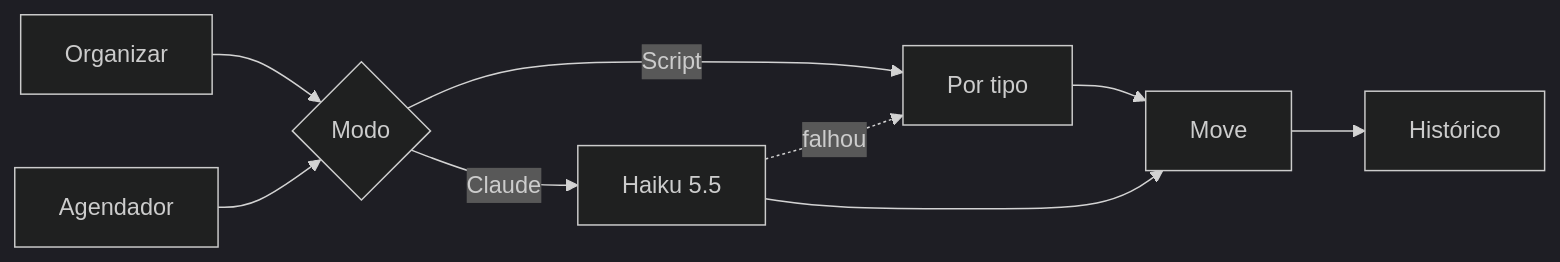
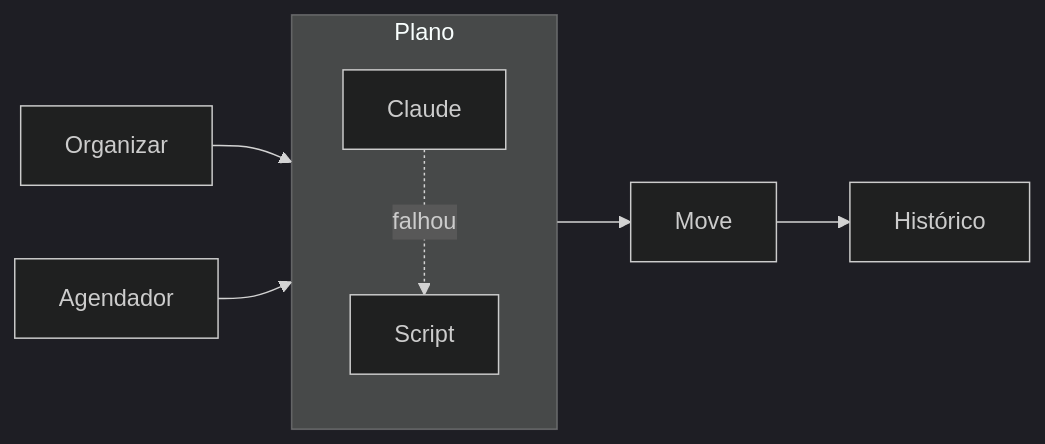
The diagram in README.md (ArturoAndreatta/neatly), drawn with Mermaid (dark theme) before and after one commit. The commit also changed other lines of this file, not shown here.

Commit message:
docs: diagrama do README sem cruzamentos

````diff
--- a/README.md
+++ b/README.md
@@ -144,11 +144,9 @@
 ```mermaid
 flowchart LR
-    O["Organizar"] --> D{"Modo"}
-    A["Agendador"] --> D
-    D -- Script --> T["Por tipo"]
-    D -- Claude --> C["Haiku 5.5"]
-    C -. falhou .-> T
-    T --> M["Move"]
-    C --> M
-    M --> H["Histórico"]
+    O["Organizar"] --> PL
+    A["Agendador"] --> PL
+    subgraph PL["Plano"]
+        C["Claude"] -. falhou .-> S["Script"]
+    end
+    PL --> M["Move"] --> H["Histórico"]
 ```
````
